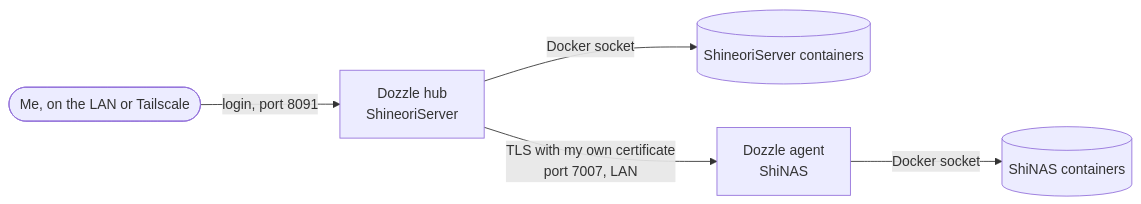
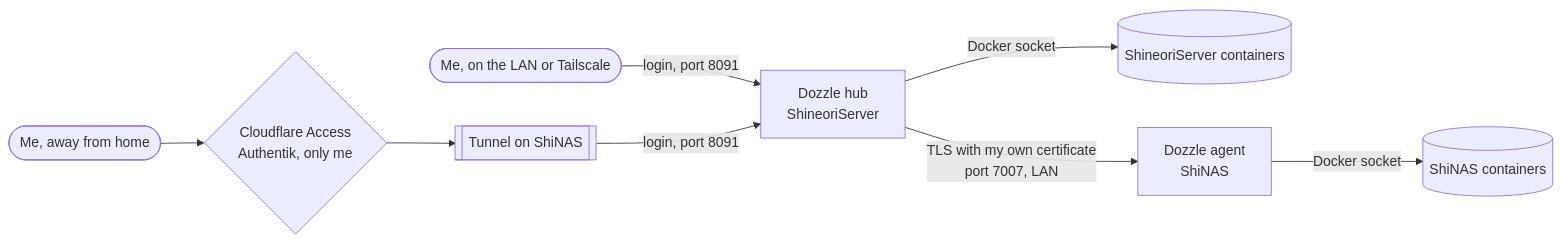
One commit to Shineori/homelab changed the diagram in docs/services/dozzle.md. Above: the diagram before and after it, drawn with Mermaid. The commit also changed other lines of this file and 5 other files, not shown here.

Commit message:
Dozzle: publish through the tunnel behind Cloudflare Access

````diff
--- a/docs/services/dozzle.md
+++ b/docs/services/dozzle.md
@@ -24,7 +24,10 @@
 ```mermaid
 flowchart LR
     me([Me, on the LAN or Tailscale]) -- "login, port 8091" --> hub[Dozzle hub<br/>ShineoriServer]
+    away([Me, away from home]) --> access{Cloudflare Access<br/>Authentik, only me}
+    access --> tunnel[[Tunnel on ShiNAS]]
+    tunnel -- "login, port 8091" --> hub
     hub -- "Docker socket" --> d1[(ShineoriServer containers)]
     hub -- "TLS with my own certificate<br/>port 7007, LAN" --> agent[Dozzle agent<br/>ShiNAS]
     agent -- "Docker socket" --> d2[(ShiNAS containers)]
 ```
````
